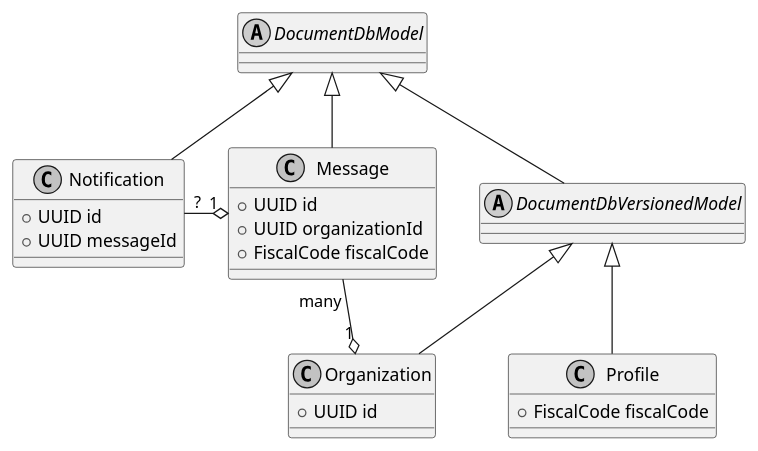
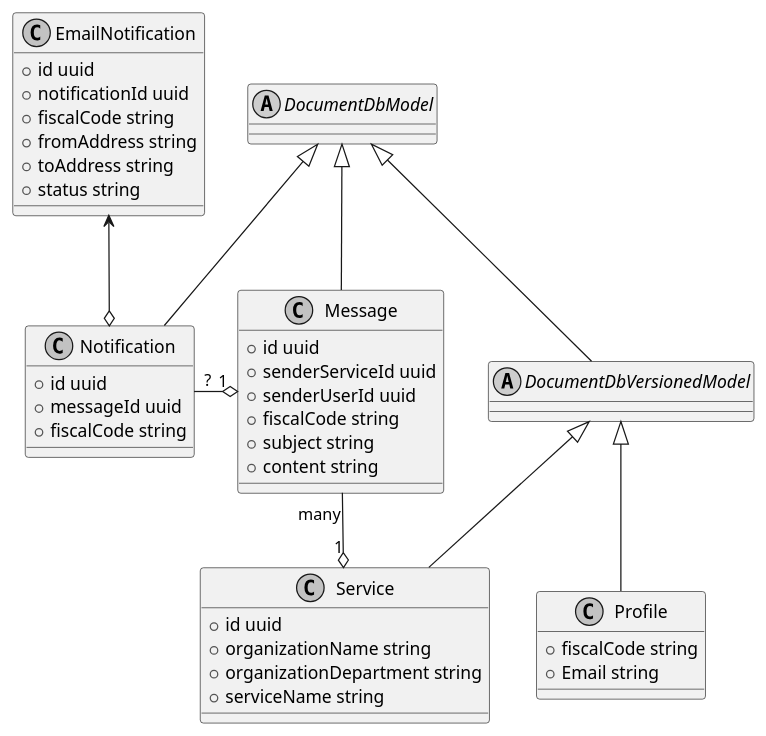
One commit to pagopa-archive/io-functions changed the diagram in docs/entities.puml. Above: the diagram before and after it, drawn with PlantUML. The commit also changed 2 other files, not shown here.

Commit message:
docs: update organization -> service

```diff
--- a/docs/entities.puml
+++ b/docs/entities.puml
@@ -1,41 +1,60 @@
 @startuml
 
 skinparam monochrome true
 
 abstract class DocumentDbModel
 
 abstract class DocumentDbVersionedModel
 
 class Message {
-  +UUID id
-  +UUID organizationId
-  +FiscalCode fiscalCode
+  +id uuid
+  +senderServiceId uuid
+  +senderUserId uuid
+  +fiscalCode string
+  +subject string
+  +content string
 }
 
 class Notification {
-  +UUID id
-  +UUID messageId
+  +id uuid
+  +messageId uuid
+  +fiscalCode string
 }
 
-class Organization {
-  +UUID id
+class EmailNotification {
+  +id uuid
+  +notificationId uuid
+  +fiscalCode string
+  +fromAddress string
+  +toAddress string
+  +status string
+}
+
+class Service {
+  +id uuid
+  +organizationName string
+  +organizationDepartment string
+  +serviceName string
 }
 
 class Profile {
-  +FiscalCode fiscalCode
+  +fiscalCode string
+  +Email string
 }
 
 DocumentDbModel <|-- DocumentDbVersionedModel
 
 DocumentDbModel <|-- Message
 
 DocumentDbModel <|-- Notification
 
-DocumentDbVersionedModel <|-- Organization
+EmailNotification <--o Notification
+
+DocumentDbVersionedModel <|-- Service
 
 DocumentDbVersionedModel <|-- Profile
 
-Organization "1" o-left- "many" Message
+Service "1" o-left- "many" Message
 Message "1" o-left- "?" Notification
 
 @enduml
```
